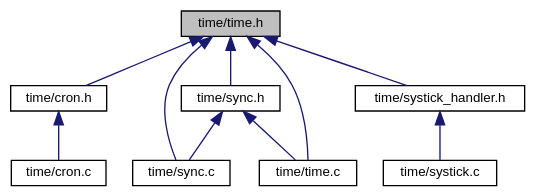
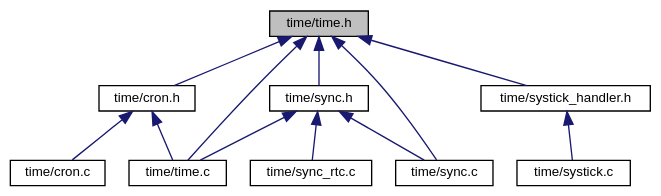
Before and after one commit to ebs-universe/piolib-time: the diagram in time_8h__dep__incl.dot, drawn with Graphviz. The commit also changed 90 other files, not shown here.

```diff
--- a/time_8h__dep__incl.dot
+++ b/time_8h__dep__incl.dot
@@ -1,25 +1,28 @@
 digraph "time/time.h"
 {
  // INTERACTIVE_SVG=YES
  // LATEX_PDF_SIZE
   bgcolor="transparent";
   edge [fontname="Helvetica",fontsize="10",labelfontname="Helvetica",labelfontsize="10"];
   node [fontname="Helvetica",fontsize="10",shape=record];
   Node1 [label="time/time.h",height=0.2,width=0.4,color="black", fillcolor="grey75", style="filled", fontcolor="black",tooltip="Time related functions for embebedded systems."];
   Node1 -> Node2 [dir="back",color="midnightblue",fontsize="10",style="solid",fontname="Helvetica"];
   Node2 [label="time/cron.h",height=0.2,width=0.4,color="black",URL="$cron_8h.html",tooltip="Cron-like scheduling framework for embebedded systems."];
   Node2 -> Node3 [dir="back",color="midnightblue",fontsize="10",style="solid",fontname="Helvetica"];
   Node3 [label="time/cron.c",height=0.2,width=0.4,color="black",URL="$cron_8c.html",tooltip="Cron-like scheduling framework implementations."];
+  Node2 -> Node4 [dir="back",color="midnightblue",fontsize="10",style="solid",fontname="Helvetica"];
+  Node4 [label="time/time.c",height=0.2,width=0.4,color="black",URL="$time_8c.html",tooltip="Time related function implementations."];
+  Node1 -> Node5 [dir="back",color="midnightblue",fontsize="10",style="solid",fontname="Helvetica"];
+  Node5 [label="time/sync.c",height=0.2,width=0.4,color="black",URL="$sync_8c.html",tooltip="Time synchonization function implementation."];
+  Node1 -> Node6 [dir="back",color="midnightblue",fontsize="10",style="solid",fontname="Helvetica"];
+  Node6 [label="time/sync.h",height=0.2,width=0.4,color="black",URL="$sync_8h.html",tooltip="Time synchonization functions for embebedded systems."];
+  Node6 -> Node5 [dir="back",color="midnightblue",fontsize="10",style="solid",fontname="Helvetica"];
+  Node6 -> Node7 [dir="back",color="midnightblue",fontsize="10",style="solid",fontname="Helvetica"];
+  Node7 [label="time/sync_rtc.c",height=0.2,width=0.4,color="black",URL="$sync__rtc_8c_source.html",tooltip=" "];
+  Node6 -> Node4 [dir="back",color="midnightblue",fontsize="10",style="solid",fontname="Helvetica"];
+  Node1 -> Node8 [dir="back",color="midnightblue",fontsize="10",style="solid",fontname="Helvetica"];
+  Node8 [label="time/systick_handler.h",height=0.2,width=0.4,color="black",URL="$systick__handler_8h.html",tooltip="Interrupt handler for the system tick for static inclusion in the application."];
+  Node8 -> Node9 [dir="back",color="midnightblue",fontsize="10",style="solid",fontname="Helvetica"];
+  Node9 [label="time/systick.c",height=0.2,width=0.4,color="black",URL="$systick_8c_source.html",tooltip=" "];
   Node1 -> Node4 [dir="back",color="midnightblue",fontsize="10",style="solid",fontname="Helvetica"];
-  Node4 [label="time/sync.c",height=0.2,width=0.4,color="black",URL="$sync_8c.html",tooltip="Time synchonization function implementations."];
-  Node1 -> Node5 [dir="back",color="midnightblue",fontsize="10",style="solid",fontname="Helvetica"];
-  Node5 [label="time/sync.h",height=0.2,width=0.4,color="black",URL="$sync_8h.html",tooltip="Time synchonization functions for embebedded systems."];
-  Node5 -> Node4 [dir="back",color="midnightblue",fontsize="10",style="solid",fontname="Helvetica"];
-  Node5 -> Node6 [dir="back",color="midnightblue",fontsize="10",style="solid",fontname="Helvetica"];
-  Node6 [label="time/time.c",height=0.2,width=0.4,color="black",URL="$time_8c.html",tooltip="Time related function implementations."];
-  Node1 -> Node7 [dir="back",color="midnightblue",fontsize="10",style="solid",fontname="Helvetica"];
-  Node7 [label="time/systick_handler.h",height=0.2,width=0.4,color="black",URL="$systick__handler_8h.html",tooltip="Interrupt handler for the system tick for static inclusion in the application."];
-  Node7 -> Node8 [dir="back",color="midnightblue",fontsize="10",style="solid",fontname="Helvetica"];
-  Node8 [label="time/systick.c",height=0.2,width=0.4,color="black",URL="$systick_8c_source.html",tooltip=" "];
-  Node1 -> Node6 [dir="back",color="midnightblue",fontsize="10",style="solid",fontname="Helvetica"];
 }
```
